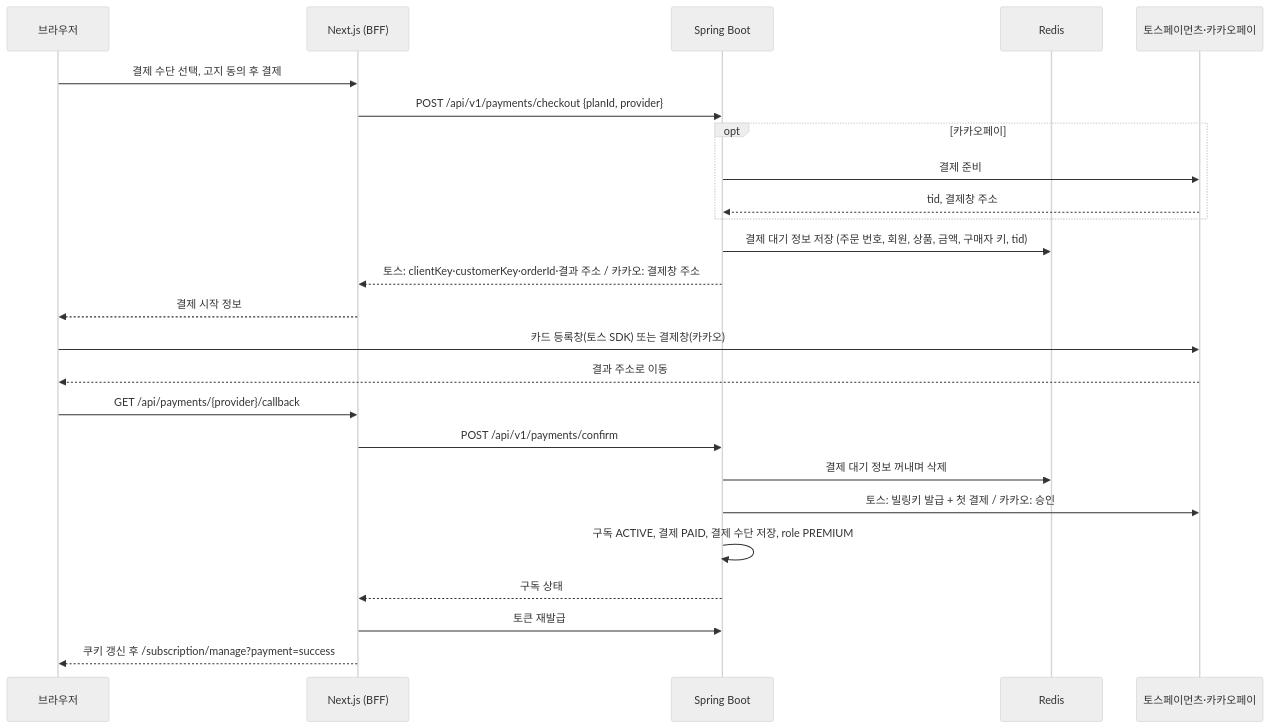
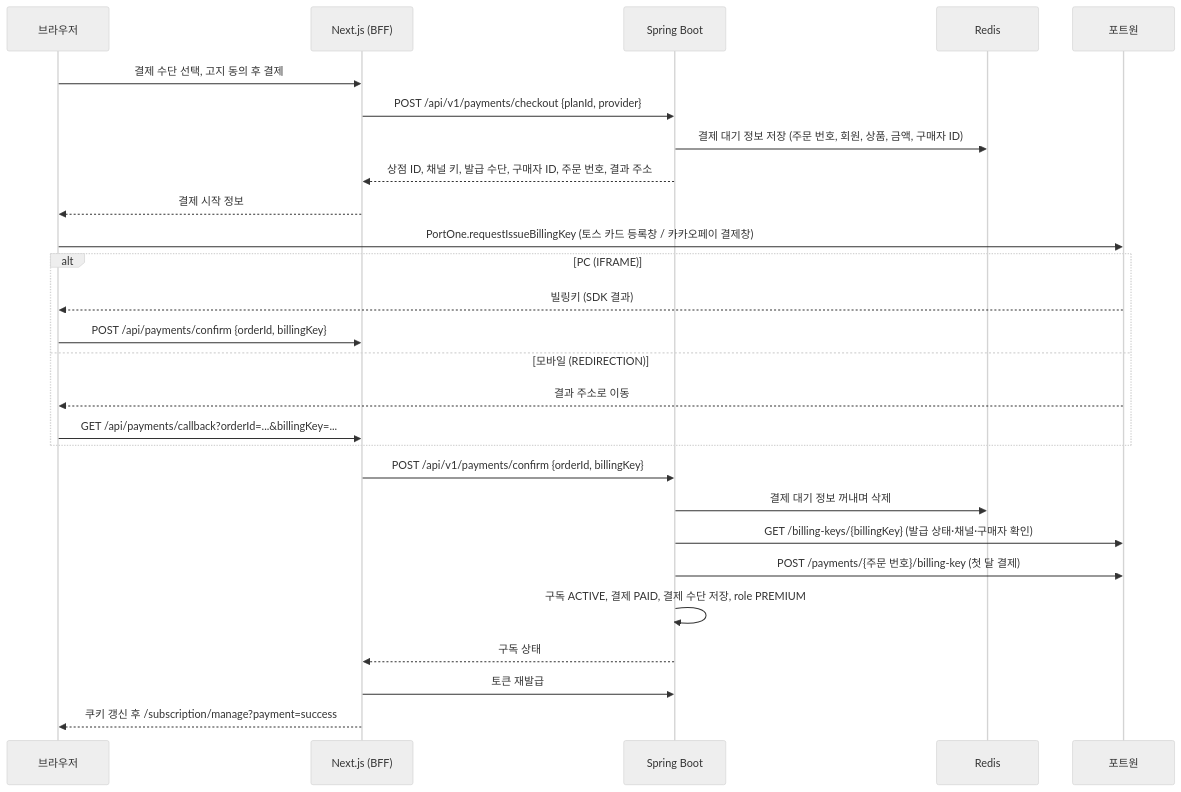
Before and after one commit to likelion-backendschool-9th/DevMozip: the first of 3 diagrams in docs/premium-payment-plan.md, drawn with Mermaid (neutral theme). The commit also changed other lines of this file and 102 other files, not shown here.

````diff
--- a/docs/premium-payment-plan.md
+++ b/docs/premium-payment-plan.md
@@ -94,27 +112,29 @@
 ```mermaid
 sequenceDiagram
     participant B as 브라우저
     participant F as Next.js (BFF)
     participant S as Spring Boot
     participant R as Redis
-    participant P as 토스페이먼츠·카카오페이
+    participant P as 포트원
     B->>F: 결제 수단 선택, 고지 동의 후 결제
     F->>S: POST /api/v1/payments/checkout {planId, provider}
-    opt 카카오페이
-        S->>P: 결제 준비
-        P-->>S: tid, 결제창 주소
+    S->>R: 결제 대기 정보 저장 (주문 번호, 회원, 상품, 금액, 구매자 ID)
+    S-->>F: 상점 ID, 채널 키, 발급 수단, 구매자 ID, 주문 번호, 결과 주소
+    F-->>B: 결제 시작 정보
+    B->>P: PortOne.requestIssueBillingKey (토스 카드 등록창 / 카카오페이 결제창)
+    alt PC (IFRAME)
+        P-->>B: 빌링키 (SDK 결과)
+        B->>F: POST /api/payments/confirm {orderId, billingKey}
+    else 모바일 (REDIRECTION)
+        P-->>B: 결과 주소로 이동
+        B->>F: GET /api/payments/callback?orderId=...&billingKey=...
     end
-    S->>R: 결제 대기 정보 저장 (주문 번호, 회원, 상품, 금액, 구매자 키, tid)
-    S-->>F: 토스: clientKey·customerKey·orderId·결과 주소 / 카카오: 결제창 주소
-    F-->>B: 결제 시작 정보
-    B->>P: 카드 등록창(토스 SDK) 또는 결제창(카카오)
-    P-->>B: 결과 주소로 이동
-    B->>F: GET /api/payments/{provider}/callback
-    F->>S: POST /api/v1/payments/confirm
+    F->>S: POST /api/v1/payments/confirm {orderId, billingKey}
     S->>R: 결제 대기 정보 꺼내며 삭제
-    S->>P: 토스: 빌링키 발급 + 첫 결제 / 카카오: 승인
+    S->>P: GET /billing-keys/{billingKey} (발급 상태·채널·구매자 확인)
+    S->>P: POST /payments/{주문 번호}/billing-key (첫 달 결제)
     S->>S: 구독 ACTIVE, 결제 PAID, 결제 수단 저장, role PREMIUM
     S-->>F: 구독 상태
     F->>S: 토큰 재발급
     F-->>B: 쿠키 갱신 후 /subscription/manage?payment=success
 ```
````
